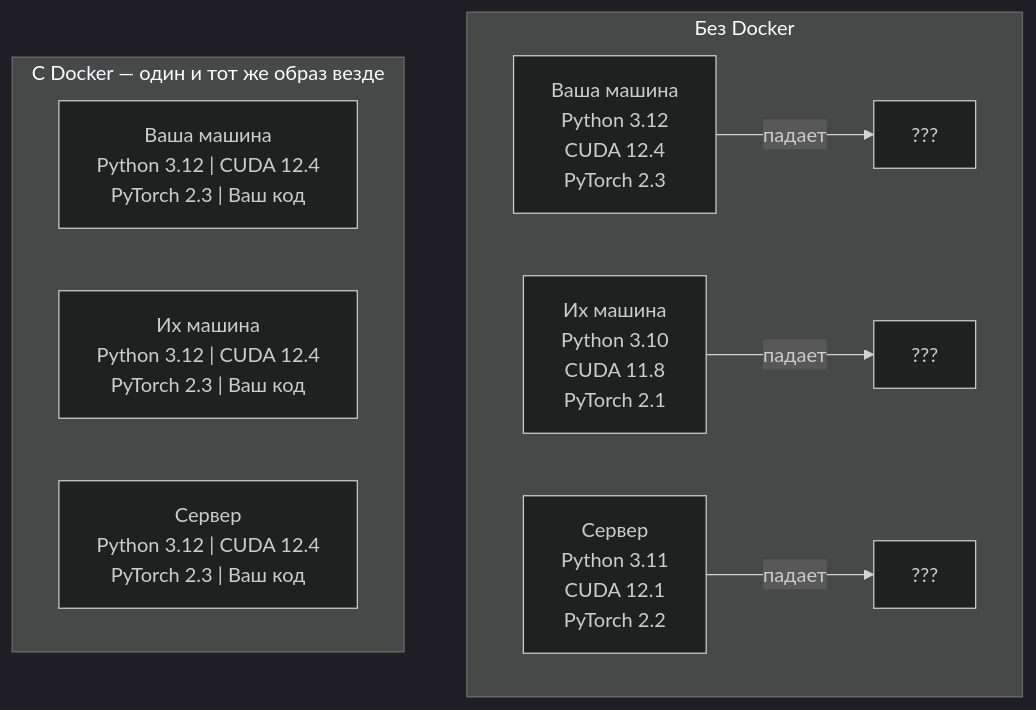
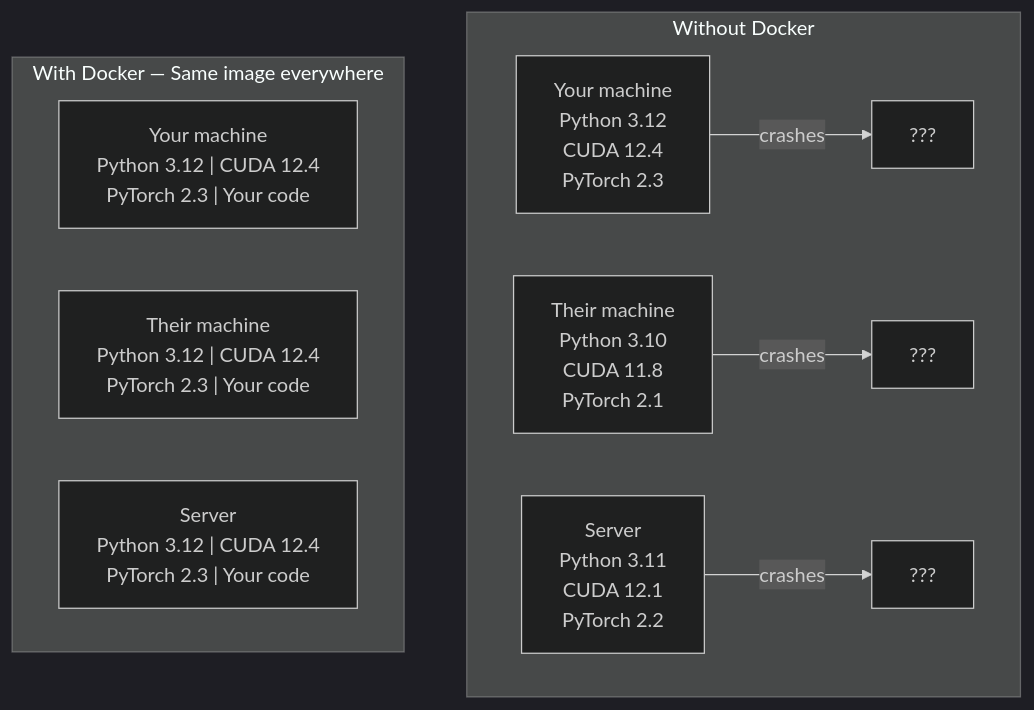
Before and after one commit to stabuev/ai-engineering-from-scratch: the diagram in phases/00-setup-and-tooling/07-docker-for-ai/docs/ru.md, drawn with Mermaid (dark theme). The commit also changed other lines of this file and 182 other files, not shown here.

````diff
--- a/phases/00-setup-and-tooling/07-docker-for-ai/docs/ru.md
+++ b/phases/00-setup-and-tooling/07-docker-for-ai/docs/ru.md
@@ -23,14 +27,14 @@
 ```mermaid
 graph TD
-    subgraph without["Без Docker"]
-        A1["Ваша машина<br/>Python 3.12<br/>CUDA 12.4<br/>PyTorch 2.3"] -->|падает| X1["???"]
-        A2["Их машина<br/>Python 3.10<br/>CUDA 11.8<br/>PyTorch 2.1"] -->|падает| X2["???"]
-        A3["Сервер<br/>Python 3.11<br/>CUDA 12.1<br/>PyTorch 2.2"] -->|падает| X3["???"]
+    subgraph without["Without Docker"]
+        A1["Your machine<br/>Python 3.12<br/>CUDA 12.4<br/>PyTorch 2.3"] -->|crashes| X1["???"]
+        A2["Their machine<br/>Python 3.10<br/>CUDA 11.8<br/>PyTorch 2.1"] -->|crashes| X2["???"]
+        A3["Server<br/>Python 3.11<br/>CUDA 12.1<br/>PyTorch 2.2"] -->|crashes| X3["???"]
     end
 
-    subgraph with_docker["С Docker — один и тот же образ везде"]
-        B1["Ваша машина<br/>Python 3.12 | CUDA 12.4<br/>PyTorch 2.3 | Ваш код"]
-        B2["Их машина<br/>Python 3.12 | CUDA 12.4<br/>PyTorch 2.3 | Ваш код"]
-        B3["Сервер<br/>Python 3.12 | CUDA 12.4<br/>PyTorch 2.3 | Ваш код"]
+    subgraph with_docker["With Docker — Same image everywhere"]
+        B1["Your machine<br/>Python 3.12 | CUDA 12.4<br/>PyTorch 2.3 | Your code"]
+        B2["Their machine<br/>Python 3.12 | CUDA 12.4<br/>PyTorch 2.3 | Your code"]
+        B3["Server<br/>Python 3.12 | CUDA 12.4<br/>PyTorch 2.3 | Your code"]
     end
 ```
````
